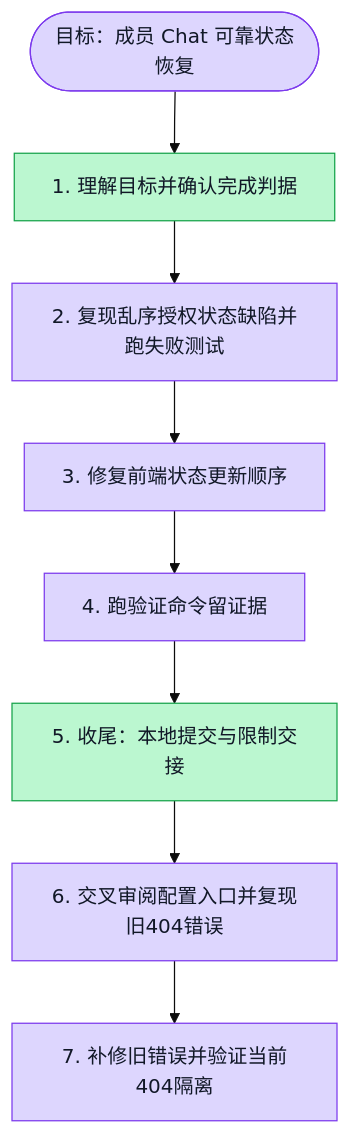
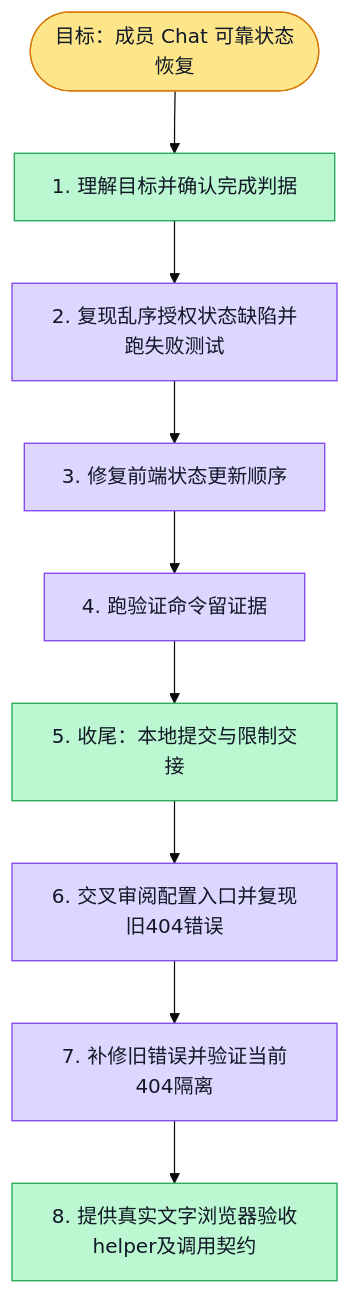
One commit to boardx/workspacex changed the diagram in docs/evidence/aidt-native/completion-20261116/a4/execution.plan.md. Above: the diagram before and after it, drawn with Mermaid (base theme). The commit also changed 2 other files, not shown here.

Commit message:
test(aidt): add native member text acceptance helper

````diff
--- a/docs/evidence/aidt-native/completion-20261116/a4/execution.plan.md
+++ b/docs/evidence/aidt-native/completion-20261116/a4/execution.plan.md
@@ -17,35 +17,37 @@
 ```mermaid
 flowchart TD
   G([目标：成员 Chat 可靠状态恢复])
   S1[1. 理解目标并确认完成判据]
   S2[2. 复现乱序授权状态缺陷并跑失败测试]
   S3[3. 修复前端状态更新顺序]
   S4[4. 跑验证命令留证据]
   S5[5. 收尾：本地提交与限制交接]
   S6[6. 交叉审阅配置入口并复现旧404错误]
   S7[7. 补修旧错误并验证当前404隔离]
+  S8[8. 提供真实文字浏览器验收helper及调用契约]
 
   G --> S1 --> S2 --> S3 --> S4 --> S5
   S5 --> S6 --> S7
+  S7 --> S8
 
   classDef todo fill:#e5e7eb,stroke:#6b7280,color:#111827
   classDef doing fill:#fde68a,stroke:#d97706,color:#111827
   classDef done fill:#bbf7d0,stroke:#16a34a,color:#111827
   classDef tested fill:#ddd6fe,stroke:#7c3aed,color:#111827
   classDef blocked fill:#fecaca,stroke:#dc2626,color:#111827
 
-  class G tested
-  %% evidence G: before.log与after.log证实先失败后修复；55条定向测试通过；README记录真实验收边界
+  class G doing
   class S1 done
   class S2 tested
   %% evidence S2: before.log: 4个新反例失败/21个既有测试通过，after-controller.log:25通过
   class S3 tested
   %% evidence S3: after.log:55/55通过，lint.log:eslint退出0，无UI或契约变更
   class S4 tested
   %% evidence S4: after.log:5文件55测试通过；eslint与git diff --check退出0
   class S5 done
   class S6 tested
   %% evidence S6: stale-error-before.log:两反例失败；README记录A1无密钥独立接线检查4项通过
   class S7 tested
+  class S8 done
   %% evidence S7: stale-error-after.log:59/59；含当前404隐藏缓存和禁止发送的反向验证
 ```
````
